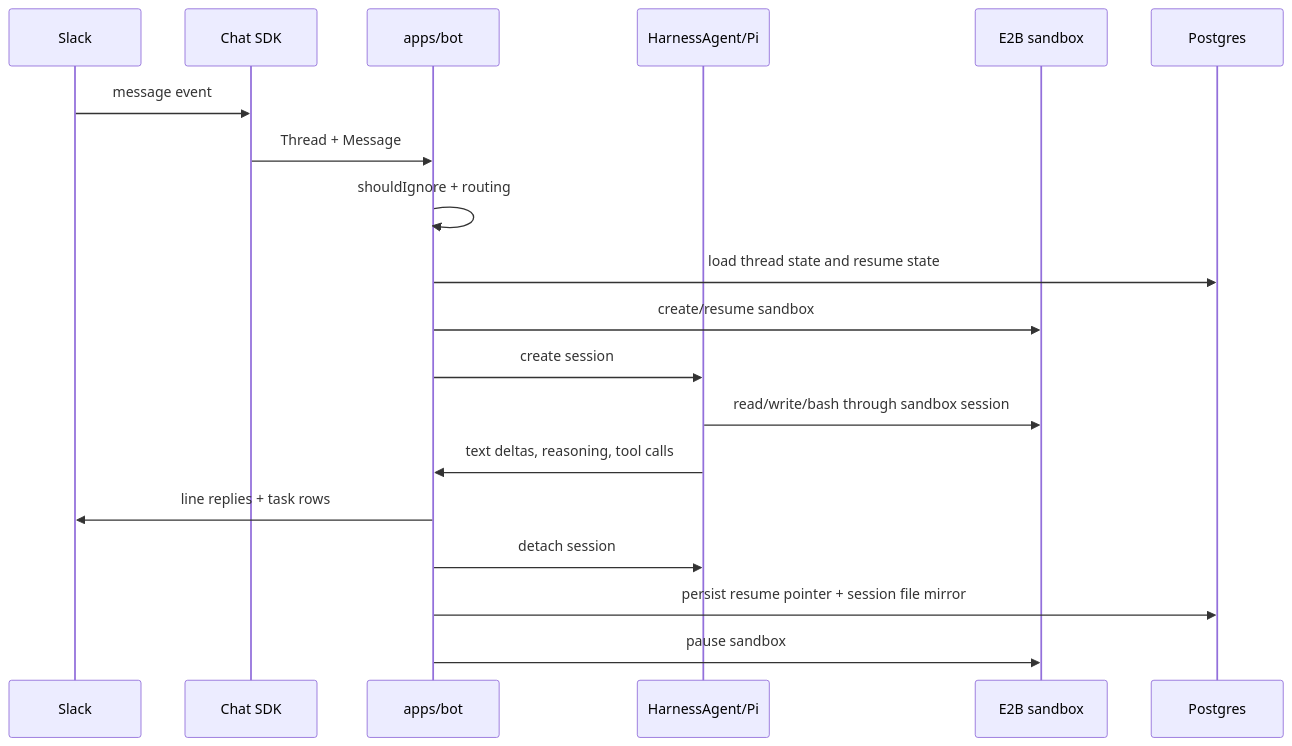
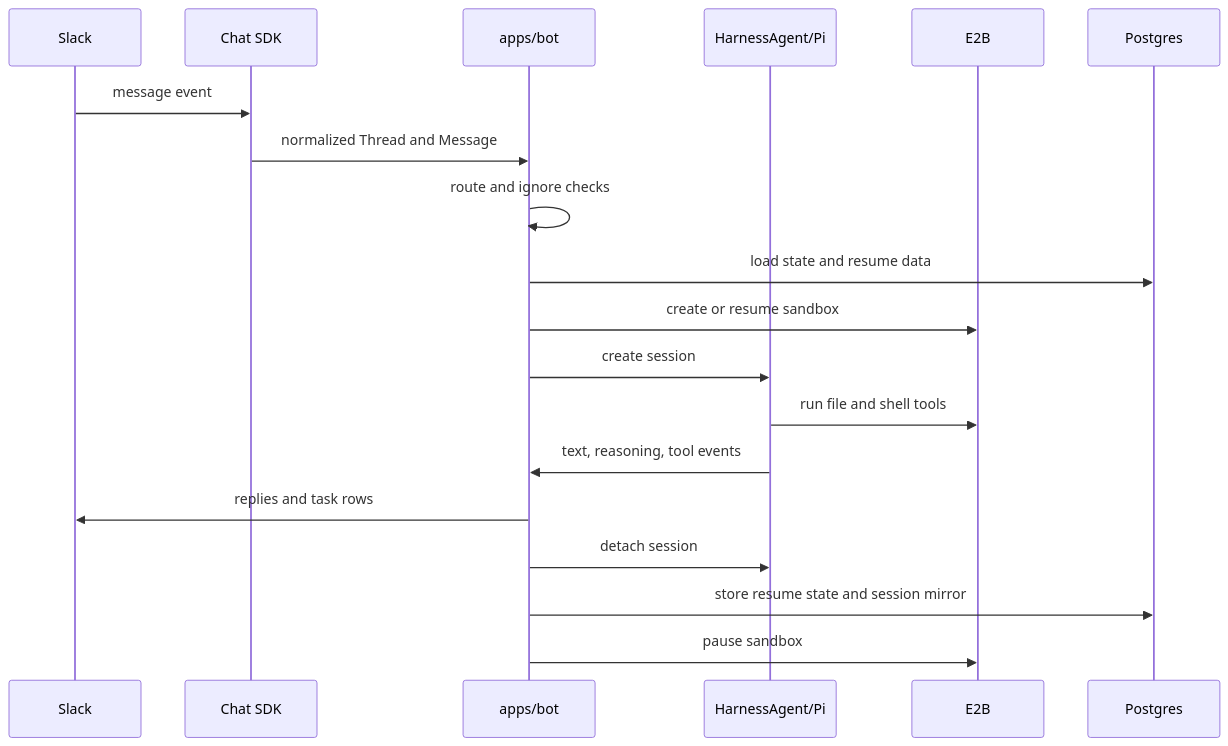
The second of 2 diagrams in docs/architecture.md (imdevarsh/gorkie-slack), drawn with Mermaid before and after one commit. The commit also changed other lines of this file and 18 other files, not shown here.

````diff
--- a/docs/architecture.md
+++ b/docs/architecture.md
@@ -78,22 +71,22 @@
 ```mermaid
 sequenceDiagram
   participant Slack
   participant Chat as Chat SDK
   participant Bot as apps/bot
   participant Agent as HarnessAgent/Pi
-  participant E2B as E2B sandbox
+  participant E2B as E2B
   participant DB as Postgres
 
   Slack->>Chat: message event
-  Chat->>Bot: Thread + Message
-  Bot->>Bot: shouldIgnore + routing
-  Bot->>DB: load thread state and resume state
-  Bot->>E2B: create/resume sandbox
+  Chat->>Bot: normalized Thread and Message
+  Bot->>Bot: route and ignore checks
+  Bot->>DB: load state and resume data
+  Bot->>E2B: create or resume sandbox
   Bot->>Agent: create session
-  Agent->>E2B: read/write/bash through sandbox session
-  Agent->>Bot: text deltas, reasoning, tool calls
-  Bot->>Slack: line replies + task rows
+  Agent->>E2B: run file and shell tools
+  Agent->>Bot: text, reasoning, tool events
+  Bot->>Slack: replies and task rows
   Bot->>Agent: detach session
-  Bot->>DB: persist resume pointer + session file mirror
+  Bot->>DB: store resume state and session mirror
   Bot->>E2B: pause sandbox
 ```
````
